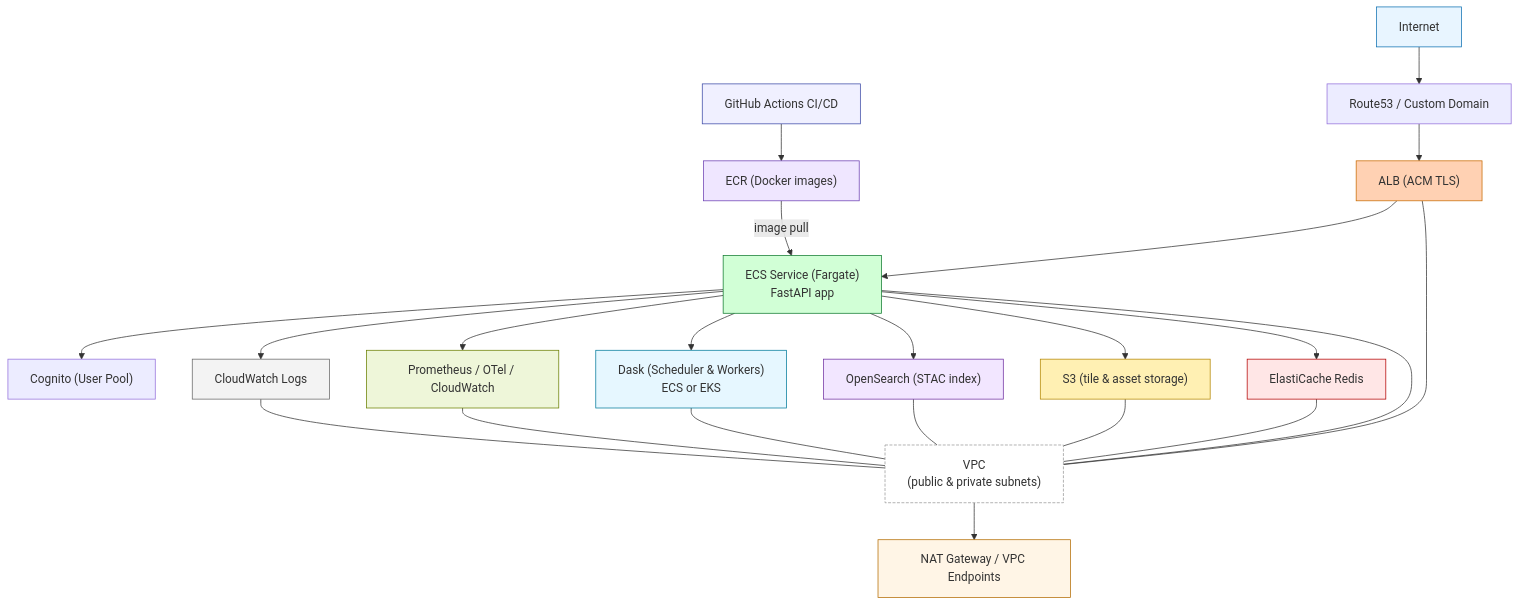
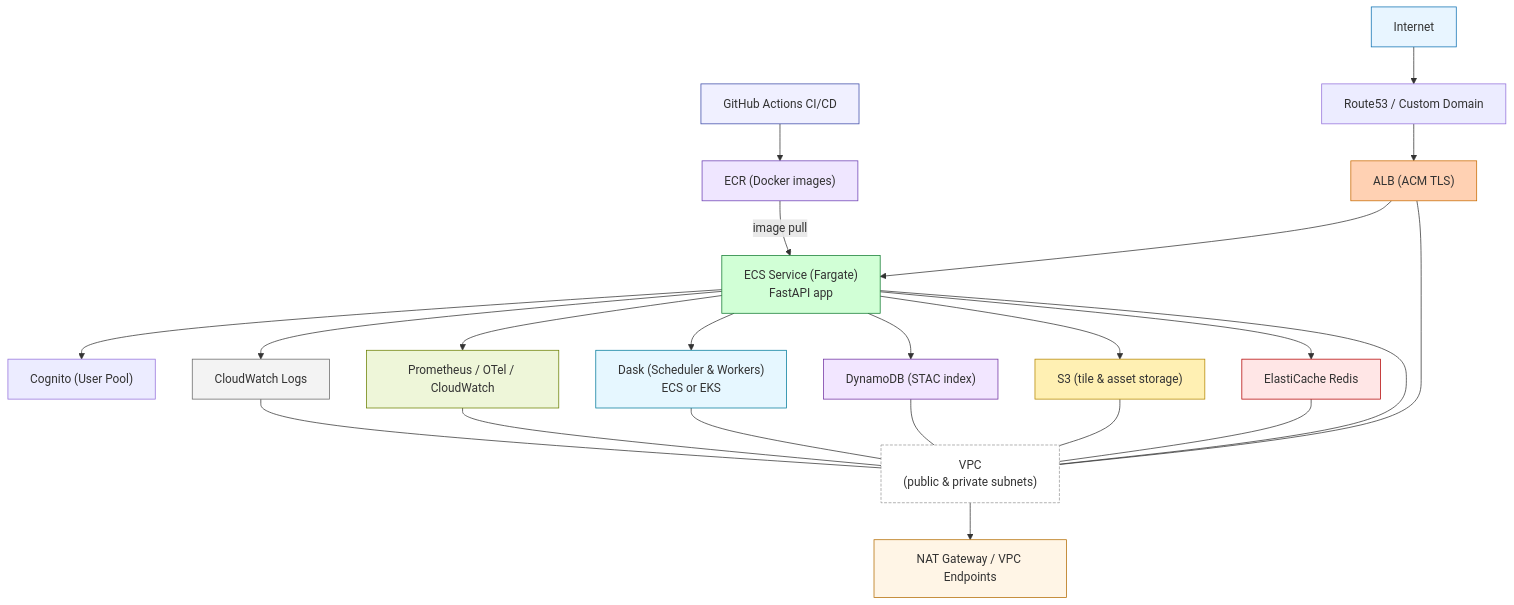
The diagram in README.md (bird70/scientific_raster_data_sharing), drawn with Mermaid before and after one commit. The commit also changed other lines of this file and 5 other files, not shown here.

````diff
--- a/README.md
+++ b/README.md
@@ -231,53 +229,53 @@
 ```mermaid
 flowchart TD
   Internet["Internet"]
   DNS["Route53 / Custom Domain"]
   ALB["ALB (ACM TLS)"]
   ECS["ECS Service (Fargate)<br>FastAPI app"]
   ECR["ECR (Docker images)"]
   GH["GitHub Actions CI/CD"]
   Cognito["Cognito (User Pool)"]
   Redis["ElastiCache Redis"]
   S3["S3 (tile & asset storage)"]
-  OS["OpenSearch (STAC index)"]
+  OS["DynamoDB (STAC index)"]
   DASK["Dask (Scheduler & Workers)<br>ECS or EKS"]
   Prom["Prometheus / OTel / CloudWatch"]
   CW["CloudWatch Logs"]
   VPC["VPC<br>(public & private subnets)"]
   NAT["NAT Gateway / VPC Endpoints"]
 
   Internet --> DNS --> ALB
   ALB --> ECS
   GH --> ECR -->|image pull| ECS
   ECS --> Cognito
   ECS --> Redis
   ECS --> S3
   ECS --> OS
   ECS --> DASK
   ECS --> Prom
   ECS --> CW
 
   ALB --- VPC
   ECS --- VPC
   Redis --- VPC
   S3 --- VPC
   OS --- VPC
   DASK --- VPC
   Prom --- VPC
   CW --- VPC
   VPC --> NAT
 
   style Internet fill:#e8f5ff,stroke:#0b6fb1
   style ALB fill:#ffd1b3,stroke:#c86a00
   style ECS fill:#d1ffd6,stroke:#107a2f
   style S3 fill:#fff0b3,stroke:#b38600
   style OS fill:#f2e6ff,stroke:#6f2fa1
   style Redis fill:#ffe6e6,stroke:#b30000
   style DASK fill:#e6f7ff,stroke:#007a9a
   style Prom fill:#eef6d9,stroke:#6a7f00
   style CW fill:#f3f3f3,stroke:#666
   style ECR fill:#efe6ff,stroke:#6b3fb3
   style GH fill:#f0f0ff,stroke:#3b49a6
   style VPC fill:#ffffff,stroke:#999,stroke-dasharray:4 2
   style NAT fill:#fff5e6,stroke:#b36b00
 ```
````
